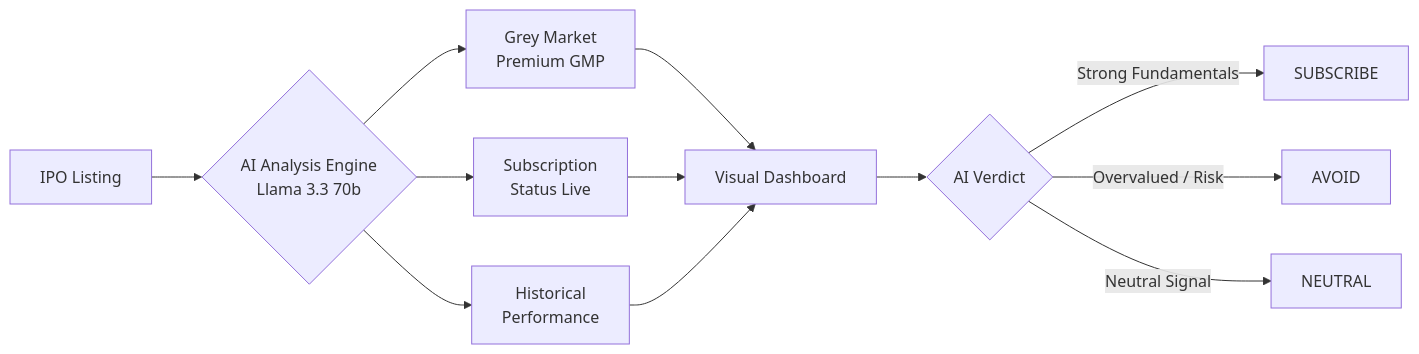
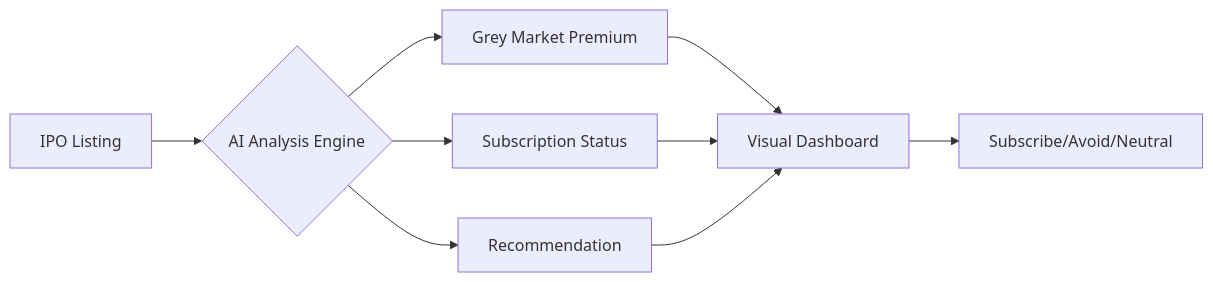
One commit to HarshitKumawat09/ET_AIConcierge changed the fourth of 6 diagrams in README.md. Above: the diagram before and after it, drawn with Mermaid. The commit also changed other lines of this file and 56 other files, not shown here.

````diff
--- a/README.md
+++ b/README.md
@@ -339,12 +246,9 @@
 ```mermaid
 flowchart LR
-    A[IPO Listing] --> B{AI Analysis Engine\nLlama 3.3 70b}
-    B --> C[Grey Market\nPremium GMP]
-    B --> D[Subscription\nStatus Live]
-    B --> E[Historical\nPerformance]
+    A[IPO Listing] --> B{AI Analysis Engine}
+    B --> C[Grey Market Premium]
+    B --> D[Subscription Status]
+    B --> E[Recommendation]
     C & D & E --> F[Visual Dashboard]
-    F --> G{AI Verdict}
-    G -->|Strong Fundamentals| H[SUBSCRIBE]
-    G -->|Overvalued / Risk| I[AVOID]
-    G -->|Neutral Signal| J[NEUTRAL]
+    F --> G[Subscribe/Avoid/Neutral]
 ```
````
